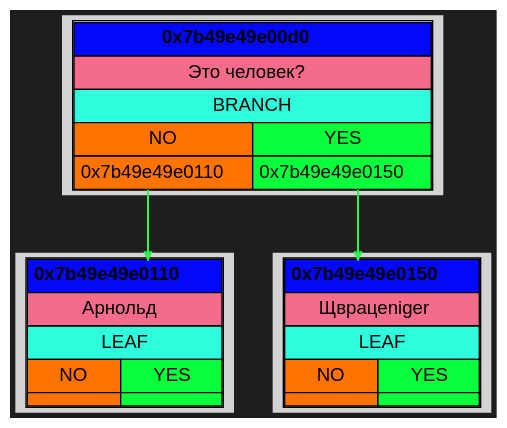
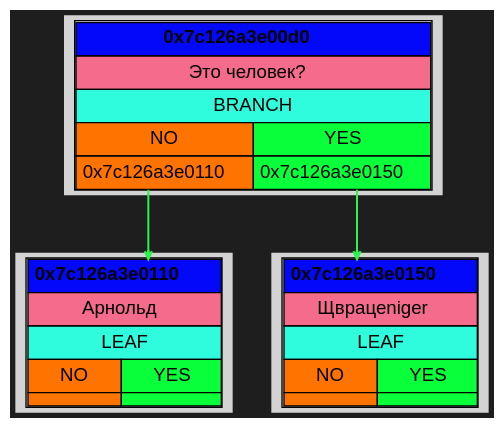
The diagram in Dump/Graph/1.dot (Kabuto-Mainer/New-Akinator), drawn with Graphviz before and after one commit. The commit also changed 7 other files, not shown here.

```diff
--- a/Dump/Graph/1.dot
+++ b/Dump/Graph/1.dot
@@ -1,49 +1,49 @@
 digraph {
   rankdir=UD;
   bgcolor="#1e1e1e"
   splines=ortho;
   nodesep=0.4;
   ranksep=0.6;
   node [shape=plaintext, style=filled, fontname="Helvetica"];
   edge [arrowhead=vee, arrowsize=0.6, penwidth=1.2];
 
-block_0x7b49e49e0110 [label=<
+block_0x7c126a3e0110 [label=<
 <TABLE CELLSPACING="0" CELLPADDING="4">
-<TR><TD PORT="root" BGCOLOR="#0308f9ff" COLSPAN="2"><B>0x7b49e49e0110</B></TD></TR>
+<TR><TD PORT="root" BGCOLOR="#0308f9ff" COLSPAN="2"><B>0x7c126a3e0110</B></TD></TR>
 <TR><TD BGCOLOR="#f46b8bff" COLSPAN="2">Арнольд</TD></TR>
 <TR><TD BGCOLOR="#2ffcdd" COLSPAN="2">LEAF</TD></TR>
 <TR><TD BGCOLOR="#ff7301ff">NO</TD><TD BGCOLOR="#08ff3aff">YES</TD></TR>
 <TR>
 <TD PORT="no" BGCOLOR="#ff7301ff"></TD>
 <TD PORT="yes" BGCOLOR="#08ff3aff"></TD>
 </TR>
 </TABLE> >];
 
-block_0x7b49e49e0150 [label=<
+block_0x7c126a3e0150 [label=<
 <TABLE CELLSPACING="0" CELLPADDING="4">
-<TR><TD PORT="root" BGCOLOR="#0308f9ff" COLSPAN="2"><B>0x7b49e49e0150</B></TD></TR>
+<TR><TD PORT="root" BGCOLOR="#0308f9ff" COLSPAN="2"><B>0x7c126a3e0150</B></TD></TR>
 <TR><TD BGCOLOR="#f46b8bff" COLSPAN="2">Щврацеniger</TD></TR>
 <TR><TD BGCOLOR="#2ffcdd" COLSPAN="2">LEAF</TD></TR>
 <TR><TD BGCOLOR="#ff7301ff">NO</TD><TD BGCOLOR="#08ff3aff">YES</TD></TR>
 <TR>
 <TD PORT="no" BGCOLOR="#ff7301ff"></TD>
 <TD PORT="yes" BGCOLOR="#08ff3aff"></TD>
 </TR>
 </TABLE> >];
 
-block_0x7b49e49e00d0 [label=<
+block_0x7c126a3e00d0 [label=<
 <TABLE CELLSPACING="0" CELLPADDING="4">
-<TR><TD PORT="root" BGCOLOR="#0308f9ff" COLSPAN="2"><B>0x7b49e49e00d0</B></TD></TR>
+<TR><TD PORT="root" BGCOLOR="#0308f9ff" COLSPAN="2"><B>0x7c126a3e00d0</B></TD></TR>
 <TR><TD BGCOLOR="#f46b8bff" COLSPAN="2">Это человек?</TD></TR>
 <TR><TD BGCOLOR="#2ffcdd" COLSPAN="2">BRANCH</TD></TR>
 <TR><TD BGCOLOR="#ff7301ff">NO</TD><TD BGCOLOR="#08ff3aff">YES</TD></TR>
 <TR>
-<TD PORT="no" BGCOLOR="#ff7301ff">0x7b49e49e0110</TD>
-<TD PORT="yes" BGCOLOR="#08ff3aff">0x7b49e49e0150</TD>
+<TD PORT="no" BGCOLOR="#ff7301ff">0x7c126a3e0110</TD>
+<TD PORT="yes" BGCOLOR="#08ff3aff">0x7c126a3e0150</TD>
 </TR>
 </TABLE> >];
 
-block_0x7b49e49e00d0:no -> block_0x7b49e49e0110:root [color="#2bf349", penwidth = 1.5, arrowsize = 0.6, constraint = true];
-block_0x7b49e49e00d0:yes -> block_0x7b49e49e0150:root [color="#2bf349", penwidth = 1.5, arrowsize = 0.6, constraint = true];
+block_0x7c126a3e00d0:no -> block_0x7c126a3e0110:root [color="#2bf349", penwidth = 1.5, arrowsize = 0.6, constraint = true];
+block_0x7c126a3e00d0:yes -> block_0x7c126a3e0150:root [color="#2bf349", penwidth = 1.5, arrowsize = 0.6, constraint = true];
 
 }
```
